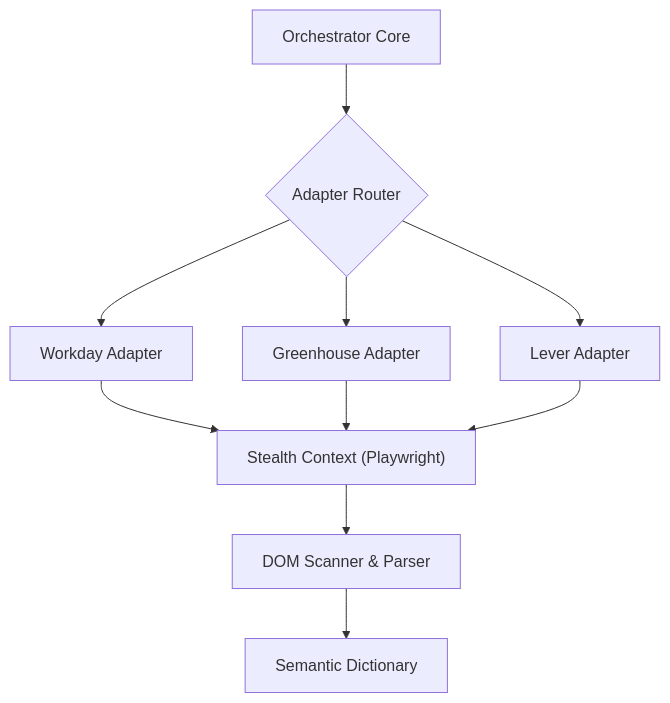
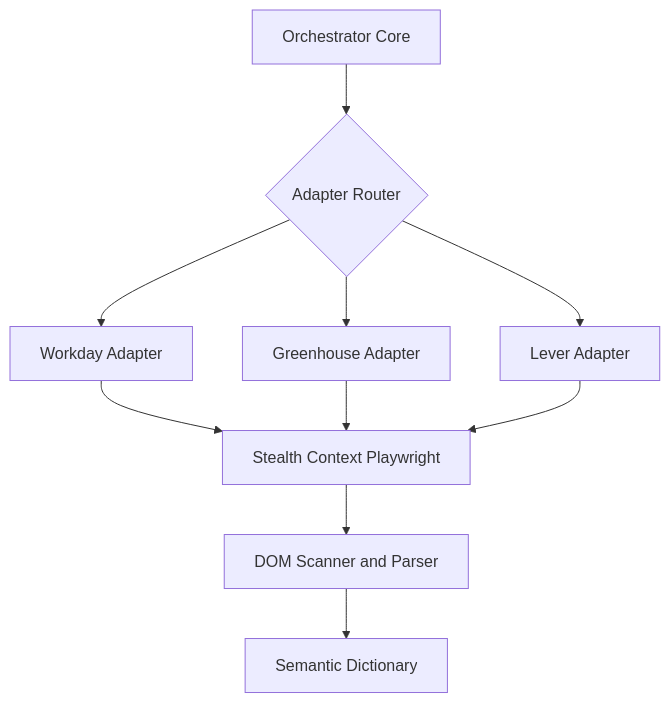
One commit to gorazdatanasovski/Automata changed the diagram in README.md. Above: the diagram before and after it, drawn with Mermaid.

Commit message:
fix: resolve mermaid render error

````diff
--- a/README.md
+++ b/README.md
@@ -11,14 +11,14 @@
 ```mermaid
 graph TD
     A[Orchestrator Core] --> B{Adapter Router}
     B --> C[Workday Adapter]
     B --> D[Greenhouse Adapter]
     B --> E[Lever Adapter]
     
-    C --> F["Stealth Context (Playwright)"]
+    C --> F[Stealth Context Playwright]
     D --> F
     E --> F
     
-    F --> G[DOM Scanner & Parser]
+    F --> G[DOM Scanner and Parser]
     G --> H[Semantic Dictionary]
 ```
````
